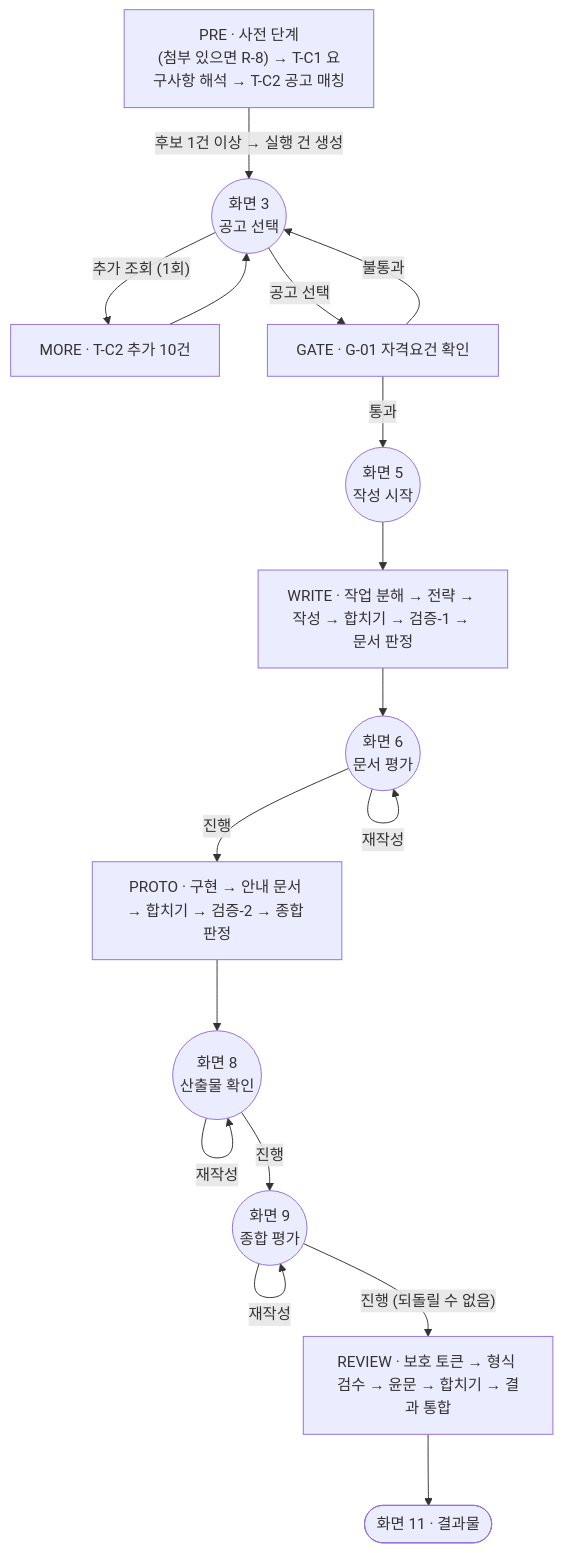
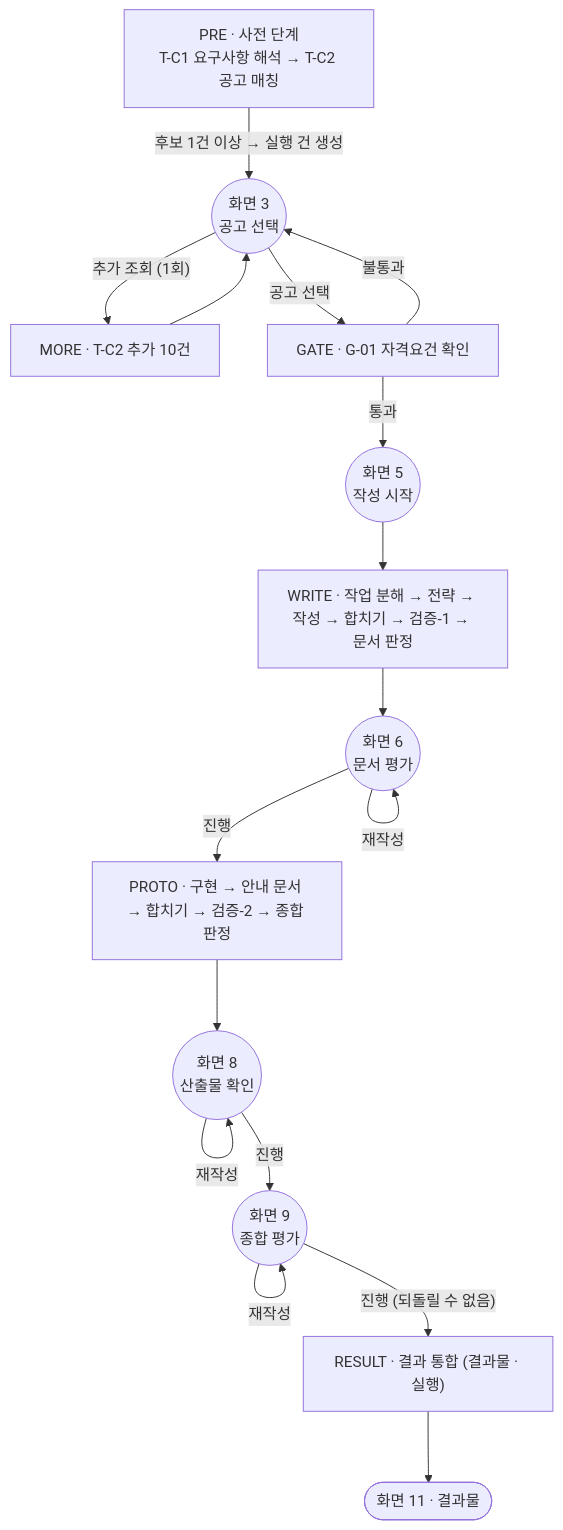
The first of 2 diagrams in agent-orchestration/README.md (SKNETWORKS-FAMILY-AICAMP/SKN32-FINAL-1TEAM), drawn with Mermaid before and after one commit. The commit also changed other lines of this file and 63 other files, not shown here.

````diff
--- a/agent-orchestration/README.md
+++ b/agent-orchestration/README.md
@@ -299,19 +298,19 @@
 ```mermaid
 flowchart TD
-  PRE["PRE · 사전 단계<br/>(첨부 있으면 R-8) → T-C1 요구사항 해석 → T-C2 공고 매칭"]
+  PRE["PRE · 사전 단계<br/>T-C1 요구사항 해석 → T-C2 공고 매칭"]
   PRE -- "후보 1건 이상 → 실행 건 생성" --> S3(("화면 3<br/>공고 선택"))
   S3 -- "추가 조회 (1회)" --> MORE["MORE · T-C2 추가 10건"] --> S3
   S3 -- 공고 선택 --> GATE["GATE · G-01 자격요건 확인"]
   GATE -- 불통과 --> S3
   GATE -- 통과 --> S5(("화면 5<br/>작성 시작"))
   S5 --> WRITE["WRITE · 작업 분해 → 전략 → 작성 → 합치기 → 검증-1 → 문서 판정"]
   WRITE --> S6(("화면 6<br/>문서 평가"))
   S6 -- 재작성 --> S6
   S6 -- 진행 --> PROTO["PROTO · 구현 → 안내 문서 → 합치기 → 검증-2 → 종합 판정"]
   PROTO --> S8(("화면 8<br/>산출물 확인"))
   S8 -- 재작성 --> S8
   S8 -- 진행 --> S9(("화면 9<br/>종합 평가"))
   S9 -- 재작성 --> S9
-  S9 -- "진행 (되돌릴 수 없음)" --> REVIEW["REVIEW · 보호 토큰 → 형식 검수 → 윤문 → 합치기 → 결과 통합"]
-  REVIEW --> END(["화면 11 · 결과물"])
+  S9 -- "진행 (되돌릴 수 없음)" --> RESULT["RESULT · 결과 통합 (결과물 · 실행)"]
+  RESULT --> END(["화면 11 · 결과물"])
 ```
````
